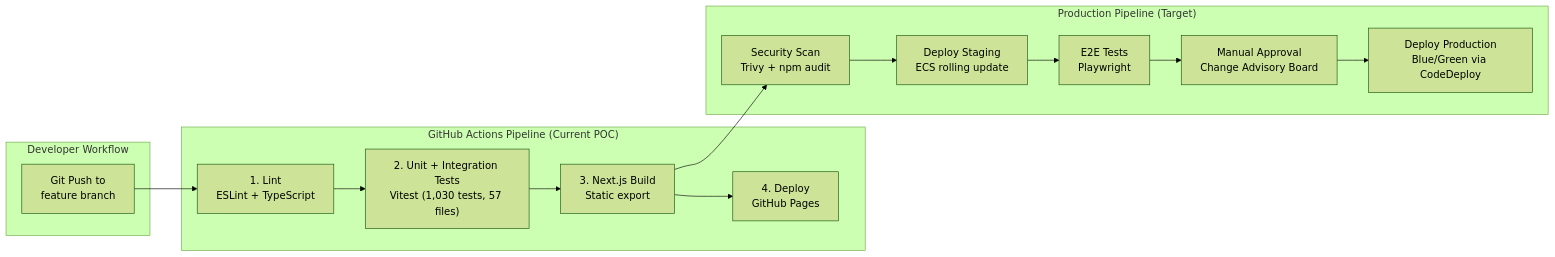
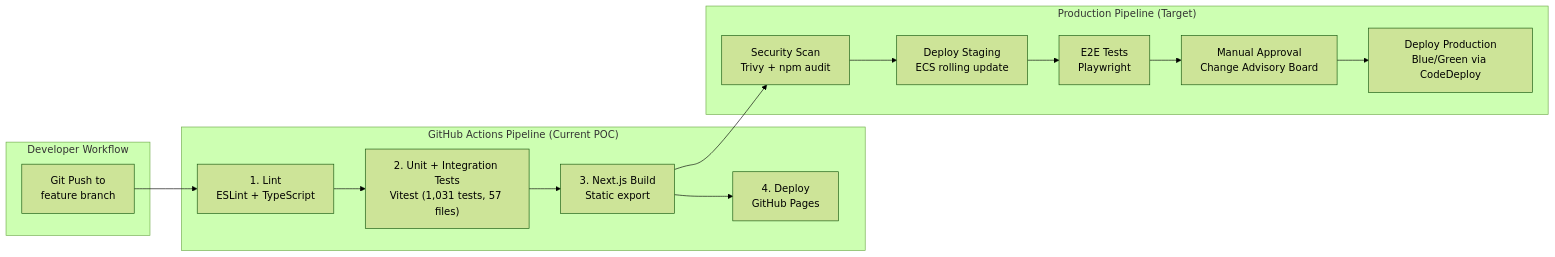
The ninth of 9 diagrams in docs/architecture.md (macleoda-leidos/aib-iaas-poc), drawn with Mermaid (forest theme) before and after one commit. The commit also changed other lines of this file and 7 other files, not shown here.

First line of the commit message:
docs: lock verified test count to 1031/57 after full local vitest run

````diff
--- a/docs/architecture.md
+++ b/docs/architecture.md
@@ -742,24 +742,24 @@
 ```mermaid
 graph LR
     subgraph "Developer Workflow"
         commit["Git Push to<br/>feature branch"]
     end
 
     subgraph "GitHub Actions Pipeline (Current POC)"
         lint["1. Lint<br/>ESLint + TypeScript"]
-        test["2. Unit + Integration Tests<br/>Vitest (1,030 tests, 57 files)"]
+        test["2. Unit + Integration Tests<br/>Vitest (1,031 tests, 57 files)"]
         build["3. Next.js Build<br/>Static export"]
         deploy["4. Deploy<br/>GitHub Pages"]
     end
 
     subgraph "Production Pipeline (Target)"
         scan["Security Scan<br/>Trivy + npm audit"]
         staging["Deploy Staging<br/>ECS rolling update"]
         e2e["E2E Tests<br/>Playwright"]
         approve["Manual Approval<br/>Change Advisory Board"]
         prod["Deploy Production<br/>Blue/Green via CodeDeploy"]
     end
 
     commit --> lint --> test --> build --> deploy
     build --> scan --> staging --> e2e --> approve --> prod
 ```
````
